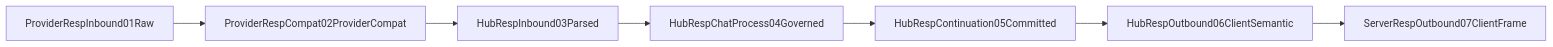
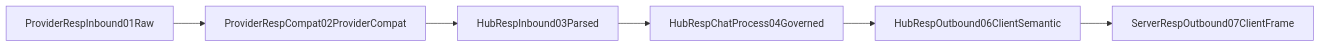
The second of 2 diagrams in docs/architecture/wiki/v3-protocol-normalization-tool-governance-boundary.md (Jasonzhangf/routecodex), drawn with Mermaid before and after one commit. The commit also changed other lines of this file and 287 other files, not shown here.

````diff
--- a/docs/architecture/wiki/v3-protocol-normalization-tool-governance-boundary.md
+++ b/docs/architecture/wiki/v3-protocol-normalization-tool-governance-boundary.md
@@ -21,9 +21,8 @@
 ```mermaid
 flowchart LR
   A[ProviderRespInbound01Raw] --> B[ProviderRespCompat02ProviderCompat]
   B --> C[HubRespInbound03Parsed]
   C --> D[HubRespChatProcess04Governed]
-  D --> E[HubRespContinuation05Committed]
-  E --> F[HubRespOutbound06ClientSemantic]
-  F --> G[ServerRespOutbound07ClientFrame]
+  D --> E[HubRespOutbound06ClientSemantic]
+  E --> F[ServerRespOutbound07ClientFrame]
 ```
````
